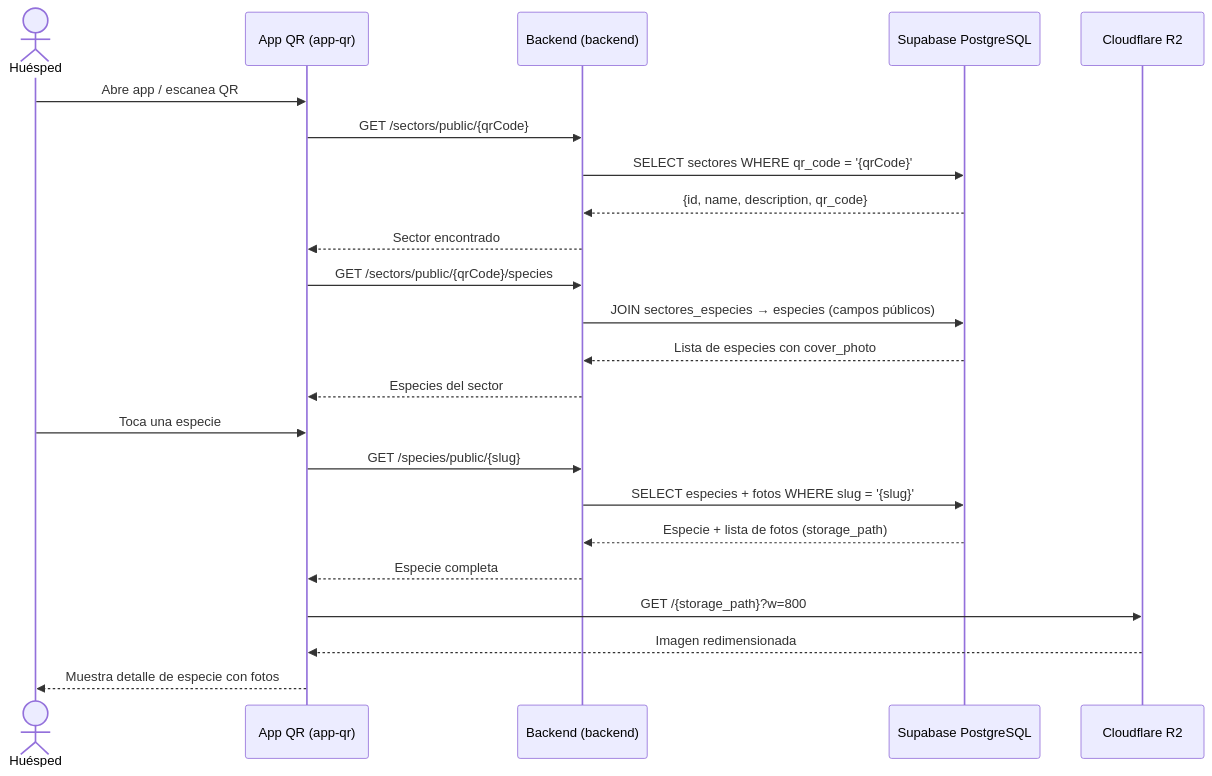
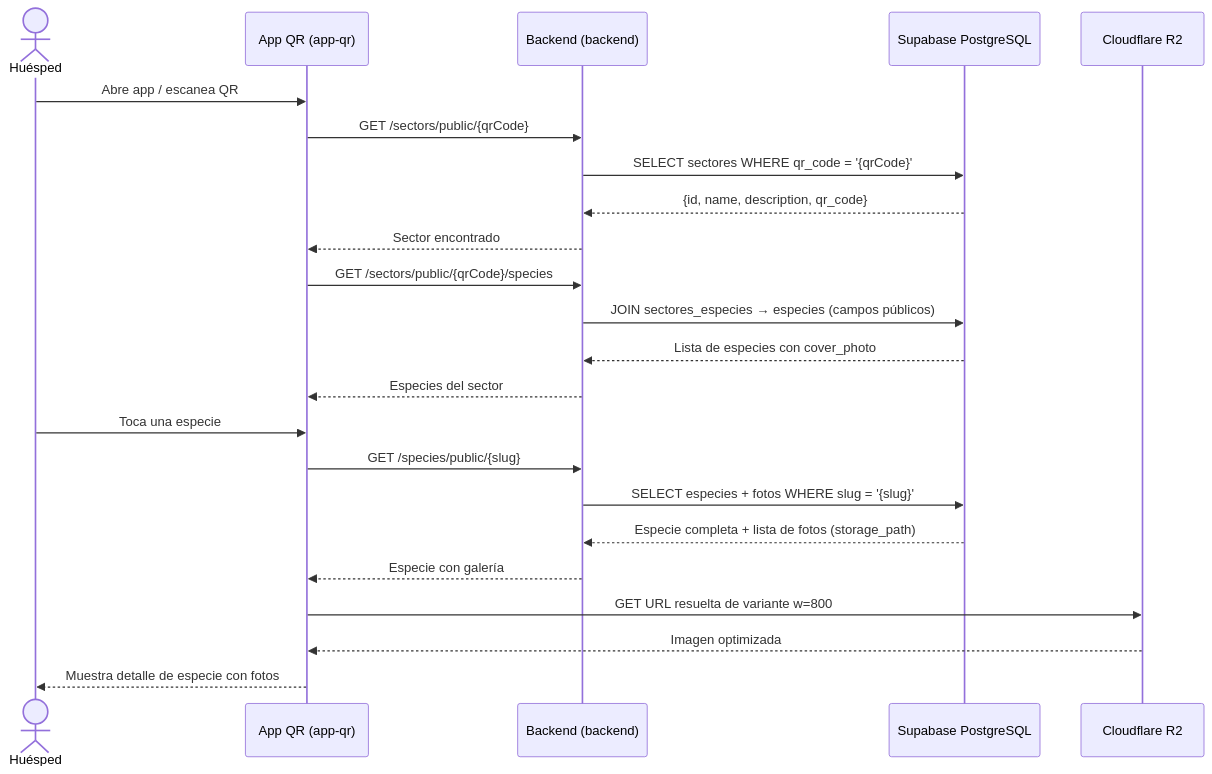
One commit to felicanales/CactarioCasaMolle changed the eighth of 10 diagrams in docs/architecture.md. Above: the diagram before and after it, drawn with Mermaid. The commit also changed other lines of this file and 5 other files, not shown here.

Commit message:
fix(docs): update paths and comments in README, architecture, deployment, and railway.json files

````diff
--- a/docs/architecture.md
+++ b/docs/architecture.md
@@ -275,29 +305,29 @@
 ```mermaid
 sequenceDiagram
   actor Huésped
   participant App as App QR (app-qr)
   participant API as Backend (backend)
   participant DB as Supabase PostgreSQL
   participant R2 as Cloudflare R2
 
   Huésped->>App: Abre app / escanea QR
   App->>API: GET /sectors/public/{qrCode}
   API->>DB: SELECT sectores WHERE qr_code = '{qrCode}'
   DB-->>API: {id, name, description, qr_code}
   API-->>App: Sector encontrado
 
   App->>API: GET /sectors/public/{qrCode}/species
   API->>DB: JOIN sectores_especies → especies (campos públicos)
   DB-->>API: Lista de especies con cover_photo
   API-->>App: Especies del sector
 
   Huésped->>App: Toca una especie
   App->>API: GET /species/public/{slug}
   API->>DB: SELECT especies + fotos WHERE slug = '{slug}'
-  DB-->>API: Especie + lista de fotos (storage_path)
-  API-->>App: Especie completa
+  DB-->>API: Especie completa + lista de fotos (storage_path)
+  API-->>App: Especie con galería
 
-  App->>R2: GET /{storage_path}?w=800
-  R2-->>App: Imagen redimensionada
+  App->>R2: GET URL resuelta de variante w=800
+  R2-->>App: Imagen optimizada
   App-->>Huésped: Muestra detalle de especie con fotos
 ```
````
